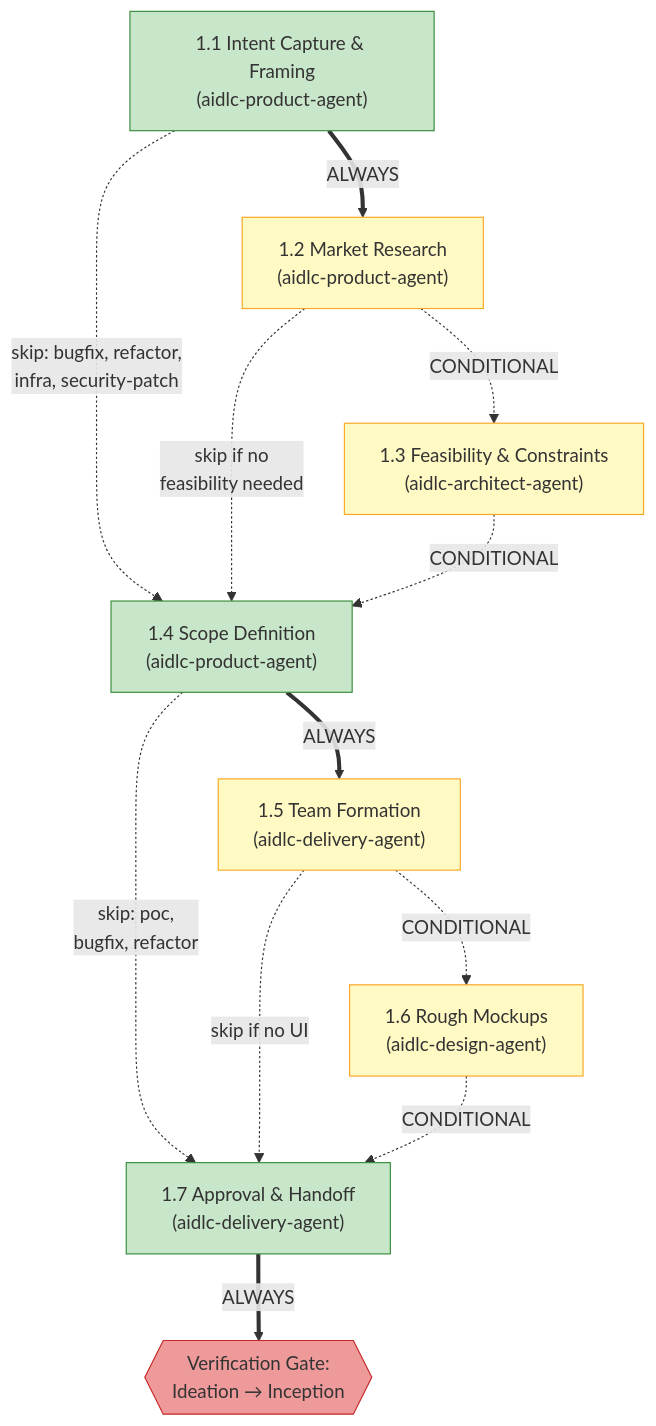
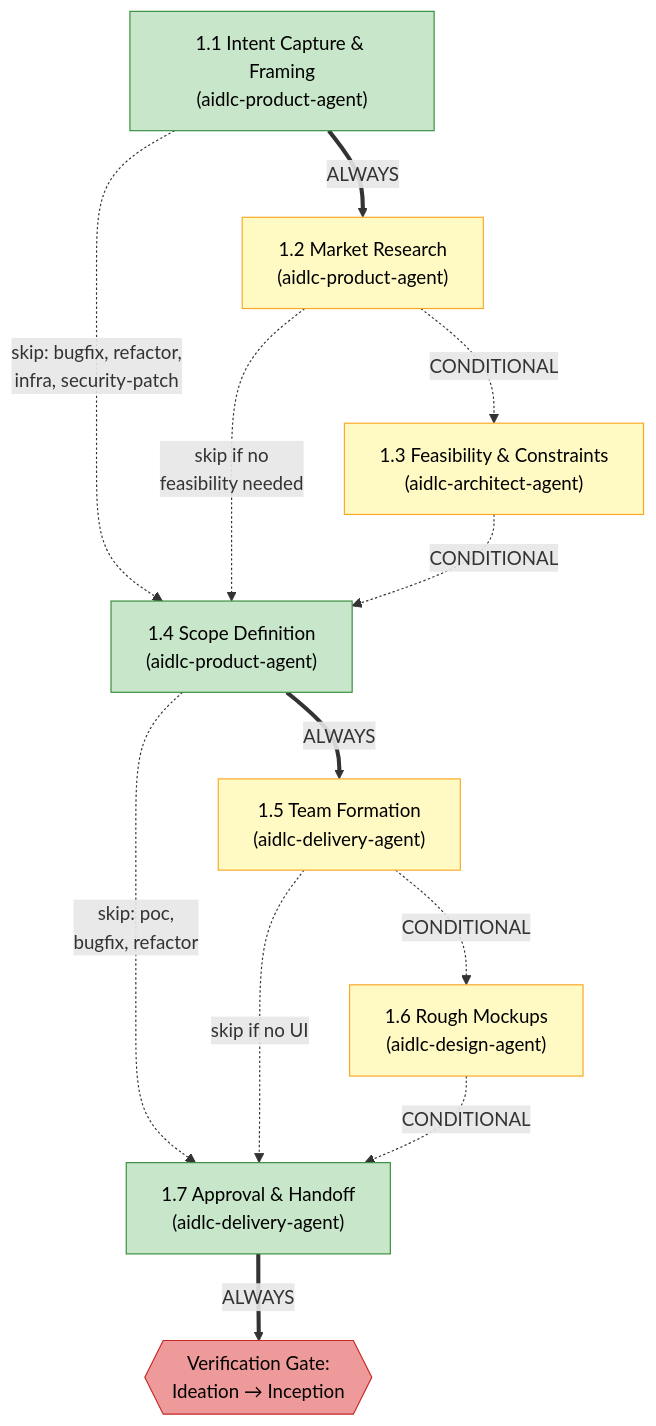
The second of 6 diagrams in docs/guide/en/04-phases-and-stages.md (otomatty/aidlc-guide), drawn with Mermaid before and after one commit. The commit also changed other lines of this file and 321 other files, not shown here.

````diff
--- a/docs/guide/en/04-phases-and-stages.md
+++ b/docs/guide/en/04-phases-and-stages.md
@@ -90,32 +90,32 @@
 ```mermaid
 flowchart TD
     S11["1.1 Intent Capture & Framing\n(aidlc-product-agent)"]
     S12["1.2 Market Research\n(aidlc-product-agent)"]
     S13["1.3 Feasibility & Constraints\n(aidlc-architect-agent)"]
     S14["1.4 Scope Definition\n(aidlc-product-agent)"]
     S15["1.5 Team Formation\n(aidlc-delivery-agent)"]
     S16["1.6 Rough Mockups\n(aidlc-design-agent)"]
     S17["1.7 Approval & Handoff\n(aidlc-delivery-agent)"]
     VG1{{"Verification Gate:\nIdeation → Inception"}}
 
     S11 ==>|ALWAYS| S12
     S11 -.->|"skip: bugfix, refactor,\ninfra, security-patch"| S14
     S12 -.->|CONDITIONAL| S13
     S12 -.->|"skip if no\nfeasibility needed"| S14
     S13 -.->|CONDITIONAL| S14
     S14 ==>|ALWAYS| S15
     S14 -.->|"skip: poc,\nbugfix, refactor"| S17
     S15 -.->|CONDITIONAL| S16
     S15 -.->|"skip if no UI"| S17
     S16 -.->|CONDITIONAL| S17
     S17 ==>|ALWAYS| VG1
 
-    style S11 fill:#c8e6c9,stroke:#388e3c
-    style S14 fill:#c8e6c9,stroke:#388e3c
-    style S17 fill:#c8e6c9,stroke:#388e3c
-    style S12 fill:#fff9c4,stroke:#f9a825
-    style S13 fill:#fff9c4,stroke:#f9a825
-    style S15 fill:#fff9c4,stroke:#f9a825
-    style S16 fill:#fff9c4,stroke:#f9a825
-    style VG1 fill:#ef9a9a,stroke:#c62828
+    style S11 fill:#c8e6c9,stroke:#388e3c,color:#000
+    style S14 fill:#c8e6c9,stroke:#388e3c,color:#000
+    style S17 fill:#c8e6c9,stroke:#388e3c,color:#000
+    style S12 fill:#fff9c4,stroke:#f9a825,color:#000
+    style S13 fill:#fff9c4,stroke:#f9a825,color:#000
+    style S15 fill:#fff9c4,stroke:#f9a825,color:#000
+    style S16 fill:#fff9c4,stroke:#f9a825,color:#000
+    style VG1 fill:#ef9a9a,stroke:#c62828,color:#000
 ```
````
